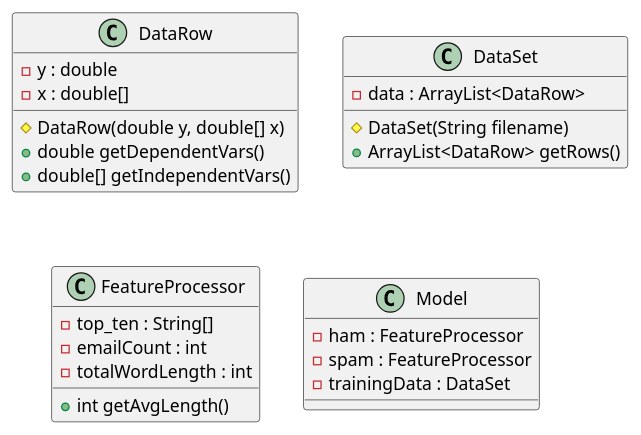
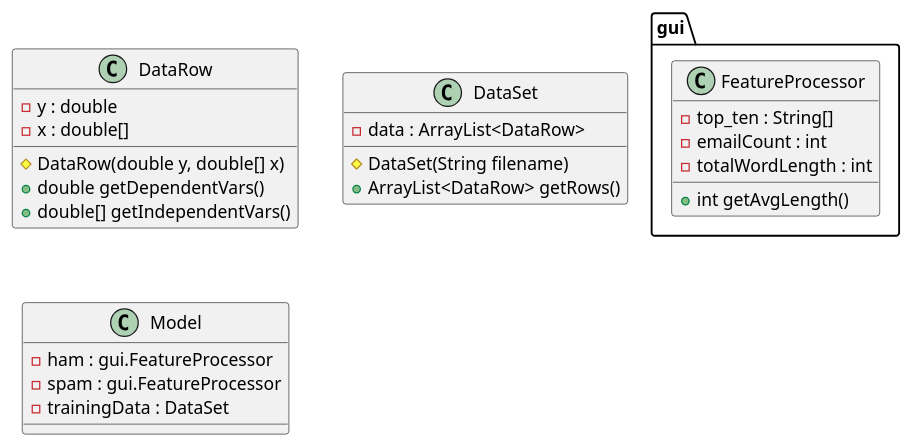
The diagram in FullUML.puml (madelineChandler/EmailThingy), drawn with PlantUML before and after one commit. The commit also changed 10 other files, not shown here.

```diff
--- a/FullUML.puml
+++ b/FullUML.puml
@@ -1,31 +1,31 @@
 @startuml "Email Sorter"
 
 
 class DataRow {
     -y : double
     -x : double[]
     #DataRow(double y, double[] x)
     +double getDependentVars()
     +double[] getIndependentVars()
 }
 
 class DataSet {
     -data : ArrayList<DataRow>
     #DataSet(String filename)
     +ArrayList<DataRow> getRows()
 }
 
-class FeatureProcessor {
+class gui.FeatureProcessor {
     -top_ten : String[]
     -emailCount : int
     -totalWordLength : int
     +int getAvgLength()
 }
 
 class Model {
-    -ham : FeatureProcessor
-    -spam : FeatureProcessor
+    -ham : gui.FeatureProcessor
+    -spam : gui.FeatureProcessor
     -trainingData : DataSet
 }
 
 @enduml
```
